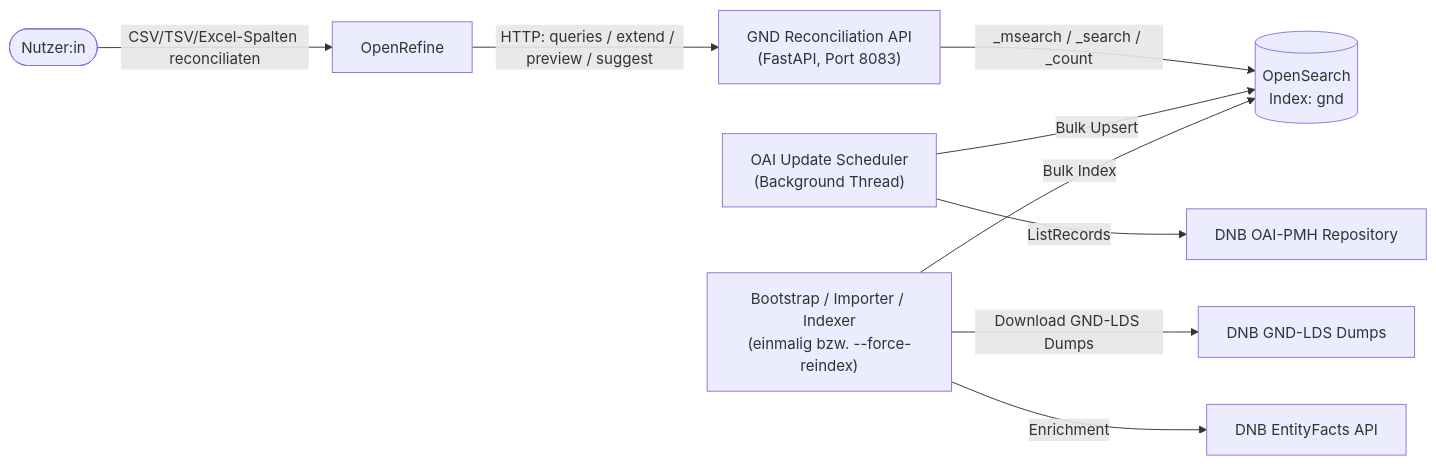
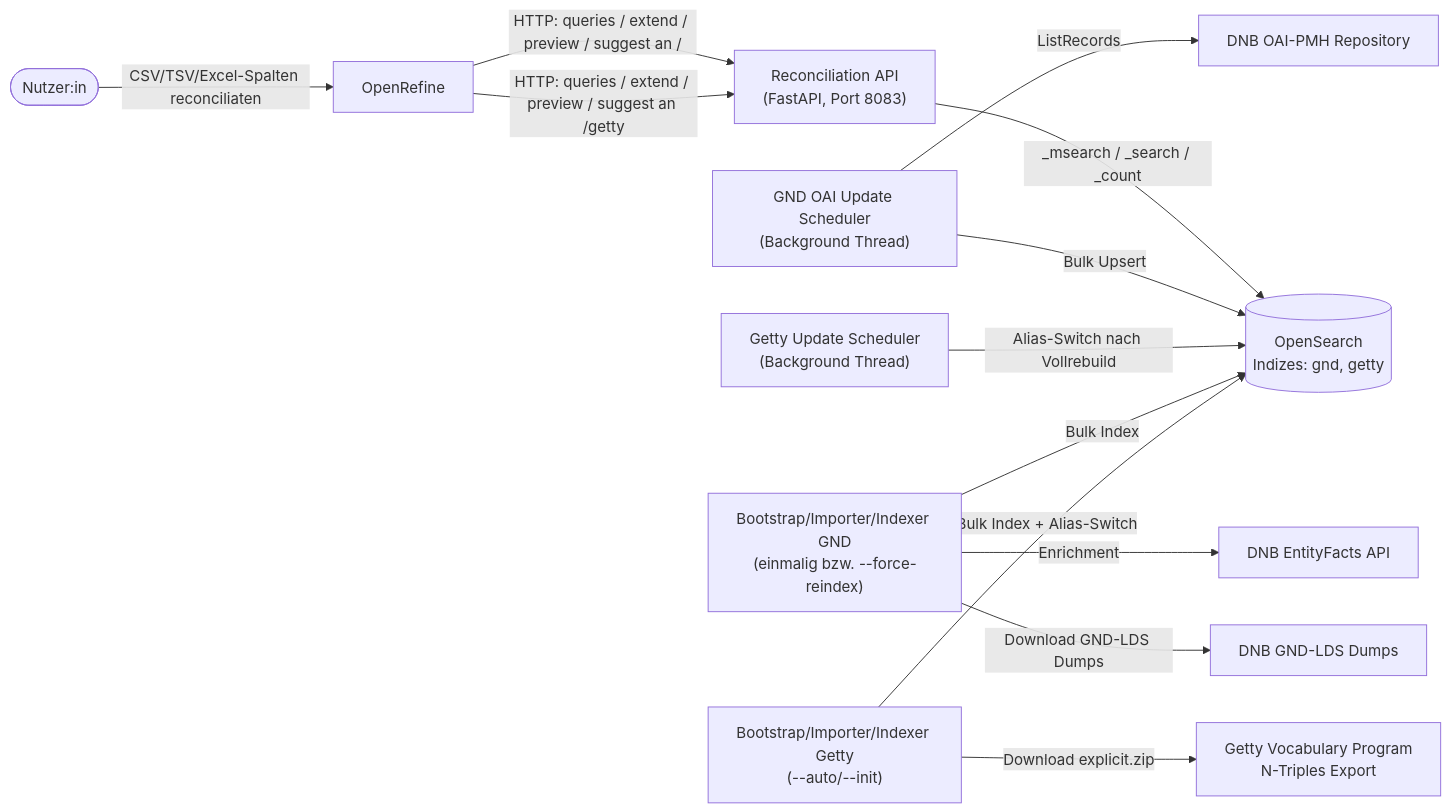
One commit to kulturpool/opensearch-reconciliation-api changed the first of 5 diagrams in docs/ARCHITEKTUR.md. Above: the diagram before and after it, drawn with Mermaid. The commit also changed other lines of this file and 66 other files, not shown here.

Commit message:
feat: add Getty AAT reconciliation service with ops pipeline

````diff
--- a/docs/ARCHITEKTUR.md
+++ b/docs/ARCHITEKTUR.md
@@ -34,11 +35,15 @@
 ```mermaid
 flowchart LR
     User(["Nutzer:in"]) -->|CSV/TSV/Excel-Spalten reconciliaten| OpenRefine["OpenRefine"]
-    OpenRefine -->|HTTP: queries / extend / preview / suggest| API["GND Reconciliation API\n(FastAPI, Port 8083)"]
-    API -->|_msearch / _search / _count| OpenSearch[("OpenSearch\nIndex: gnd")]
-    Scheduler["OAI Update Scheduler\n(Background Thread)"] -->|Bulk Upsert| OpenSearch
-    Scheduler -->|ListRecords| DNB_OAI["DNB OAI-PMH Repository"]
-    Bootstrap["Bootstrap / Importer / Indexer\n(einmalig bzw. --force-reindex)"] -->|Bulk Index| OpenSearch
-    Bootstrap -->|Download GND-LDS Dumps| DNB_LDS["DNB GND-LDS Dumps"]
-    Bootstrap -->|Enrichment| EntityFacts["DNB EntityFacts API"]
+    OpenRefine -->|HTTP: queries / extend / preview / suggest an /| API["Reconciliation API\n(FastAPI, Port 8083)"]
+    OpenRefine -->|HTTP: queries / extend / preview / suggest an /getty| API
+    API -->|_msearch / _search / _count| OpenSearch[("OpenSearch\nIndizes: gnd, getty")]
+    GNDScheduler["GND OAI Update Scheduler\n(Background Thread)"] -->|Bulk Upsert| OpenSearch
+    GNDScheduler -->|ListRecords| DNB_OAI["DNB OAI-PMH Repository"]
+    GettyScheduler["Getty Update Scheduler\n(Background Thread)"] -->|Alias-Switch nach Vollrebuild| OpenSearch
+    GNDBootstrap["Bootstrap/Importer/Indexer GND\n(einmalig bzw. --force-reindex)"] -->|Bulk Index| OpenSearch
+    GNDBootstrap -->|Download GND-LDS Dumps| DNB_LDS["DNB GND-LDS Dumps"]
+    GNDBootstrap -->|Enrichment| EntityFacts["DNB EntityFacts API"]
+    GettyBootstrap["Bootstrap/Importer/Indexer Getty\n(--auto/--init)"] -->|Bulk Index + Alias-Switch| OpenSearch
+    GettyBootstrap -->|Download explicit.zip| GettyExport["Getty Vocabulary Program\nN-Triples Export"]
 ```
````
